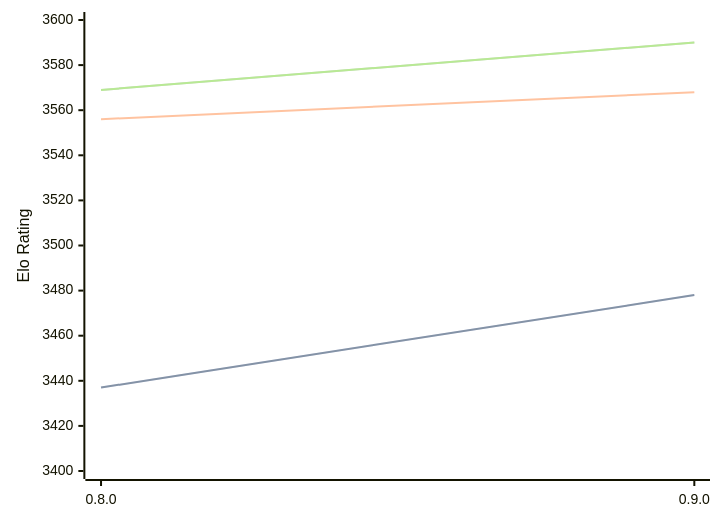
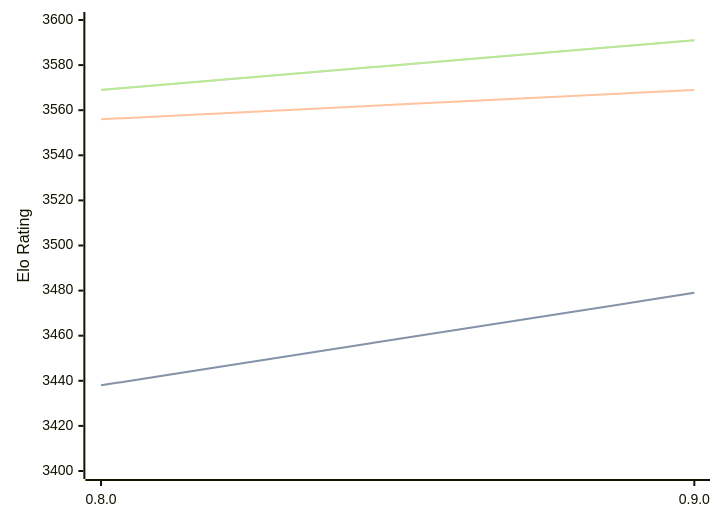
Before and after one commit to computer-chess-index/cci: the diagram in engines/Reckless.md, drawn with Mermaid. The commit also changed other lines of this file, not shown here.

Commit message:
Update CCI Ratings (ELO VLTC) - 2026-08-21

````diff
--- a/engines/Reckless.md
+++ b/engines/Reckless.md
@@ -32,11 +32,11 @@
 ```mermaid
 %%{init: {"theme":"base","themeVariables":{"seriesColors:['#a3a3a3','#222221','#faa371']}}}%%
 xychart-beta
   x-axis ["0.8.0", "0.9.0"]
   y-axis "Elo Rating" 3400 --> 3600
-  line "STC (8.0+0.08s)" [3437, 3478]
-  line "STC (8.0+0.08s)" [3437, 3478]
-  line "LTC (60.0+0.60s)" [3556, 3568]
-  line "VLTC (2m24s+1.12s)" [3569, 3590]
-  line "VLTC (2m24s+1.12s)" [3569, 3590]
+  line "STC (8.0+0.08s)" [3438, 3479]
+  line "STC (8.0+0.08s)" [3438, 3479]
+  line "LTC (60.0+0.60s)" [3556, 3569]
+  line "VLTC (2m24s+1.12s)" [3569, 3591]
+  line "VLTC (2m24s+1.12s)" [3569, 3591]
 ```
````
